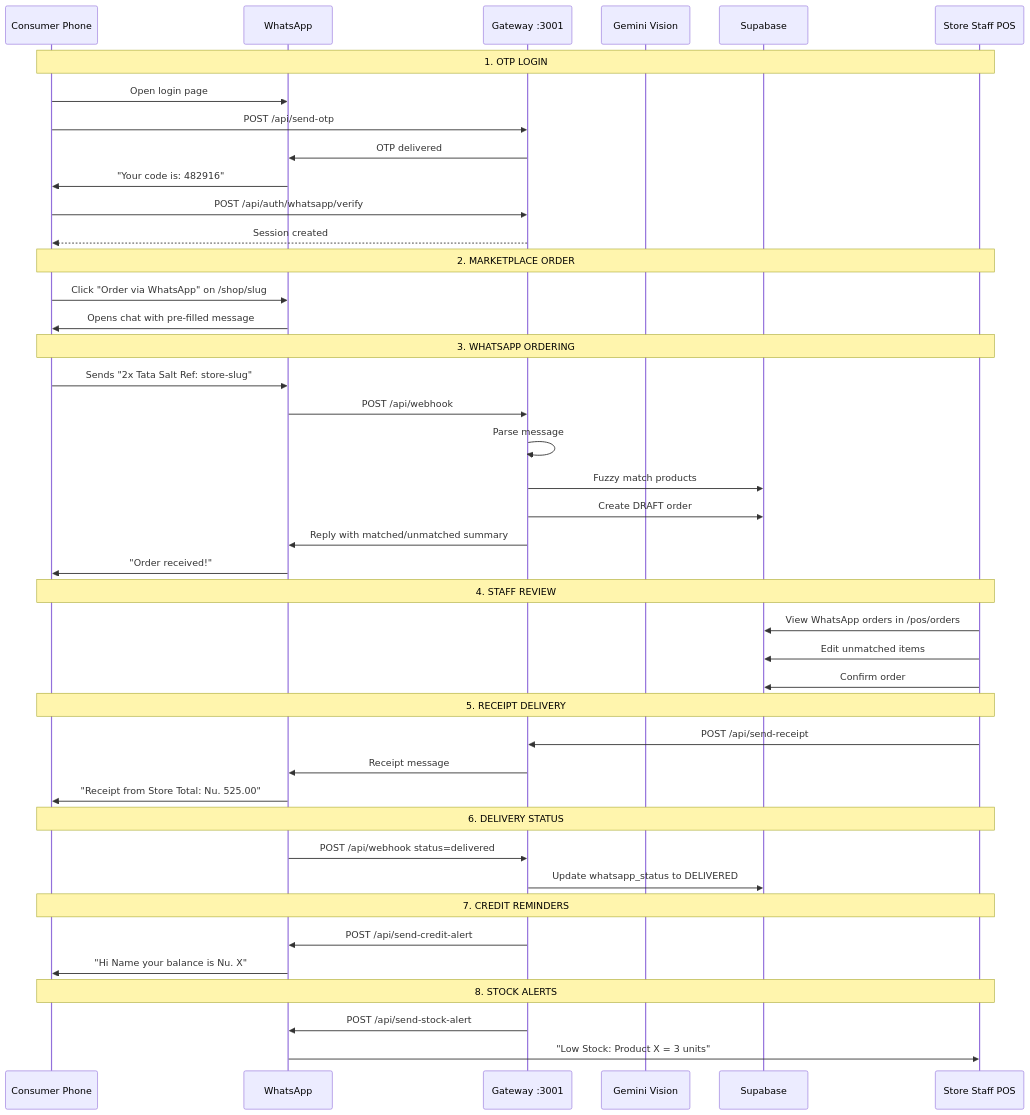
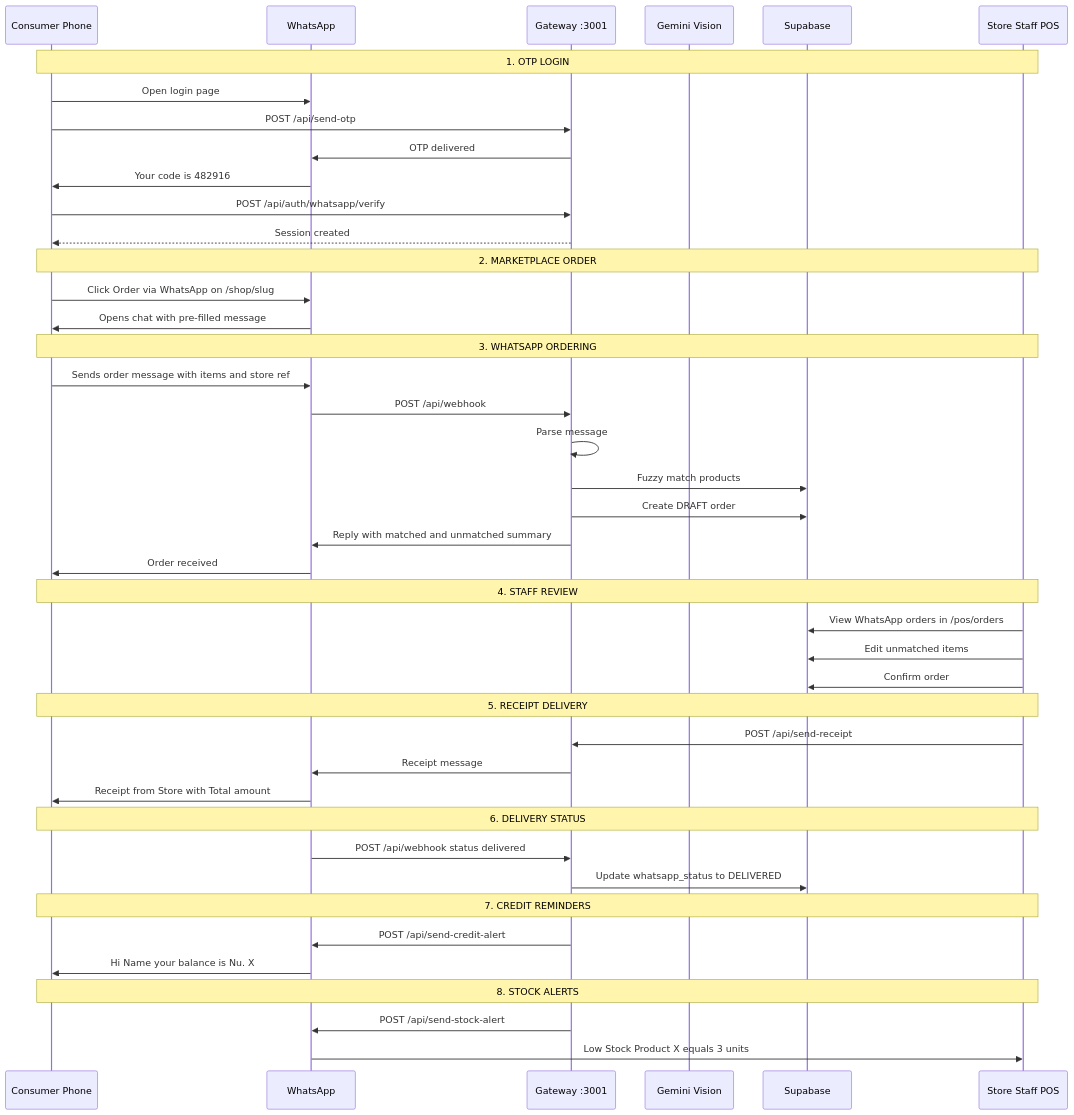
One commit to gstposbhutan/edgePOS changed diagram 16 of 16 in docs/USER_FLOWS.md. Above: the diagram before and after it, drawn with Mermaid. The commit also changed other lines of this file, not shown here.

First line of the commit message:
fix: escape special characters in Mermaid diagrams for VS Code rendering

````diff
--- a/docs/USER_FLOWS.md
+++ b/docs/USER_FLOWS.md
@@ -628,52 +628,52 @@
 ```mermaid
 sequenceDiagram
     participant C as Consumer Phone
     participant WA as WhatsApp
     participant GW as Gateway :3001
     participant GEM as Gemini Vision
     participant DB as Supabase
     participant ST as Store Staff POS
 
     Note over C,ST: 1. OTP LOGIN
     C->>WA: Open login page
     C->>GW: POST /api/send-otp
     GW->>WA: OTP delivered
-    WA->>C: "Your code is: 482916"
+    WA->>C: Your code is 482916
     C->>GW: POST /api/auth/whatsapp/verify
     GW-->>C: Session created
 
     Note over C,ST: 2. MARKETPLACE ORDER
-    C->>WA: Click "Order via WhatsApp" on /shop/slug
+    C->>WA: Click Order via WhatsApp on /shop/slug
     WA->>C: Opens chat with pre-filled message
 
     Note over C,ST: 3. WHATSAPP ORDERING
-    C->>WA: Sends "2x Tata Salt Ref: store-slug"
+    C->>WA: Sends order message with items and store ref
     WA->>GW: POST /api/webhook
     GW->>GW: Parse message
     GW->>DB: Fuzzy match products
     GW->>DB: Create DRAFT order
-    GW->>WA: Reply with matched/unmatched summary
-    WA->>C: "Order received!"
+    GW->>WA: Reply with matched and unmatched summary
+    WA->>C: Order received
 
     Note over C,ST: 4. STAFF REVIEW
     ST->>DB: View WhatsApp orders in /pos/orders
     ST->>DB: Edit unmatched items
     ST->>DB: Confirm order
 
     Note over C,ST: 5. RECEIPT DELIVERY
     ST->>GW: POST /api/send-receipt
     GW->>WA: Receipt message
-    WA->>C: "Receipt from Store Total: Nu. 525.00"
+    WA->>C: Receipt from Store with Total amount
 
     Note over C,ST: 6. DELIVERY STATUS
-    WA->>GW: POST /api/webhook status=delivered
+    WA->>GW: POST /api/webhook status delivered
     GW->>DB: Update whatsapp_status to DELIVERED
 
     Note over C,ST: 7. CREDIT REMINDERS
     GW->>WA: POST /api/send-credit-alert
-    WA->>C: "Hi Name your balance is Nu. X"
+    WA->>C: Hi Name your balance is Nu. X
 
     Note over C,ST: 8. STOCK ALERTS
     GW->>WA: POST /api/send-stock-alert
-    WA->>ST: "Low Stock: Product X = 3 units"
+    WA->>ST: Low Stock Product X equals 3 units
 ```
````
